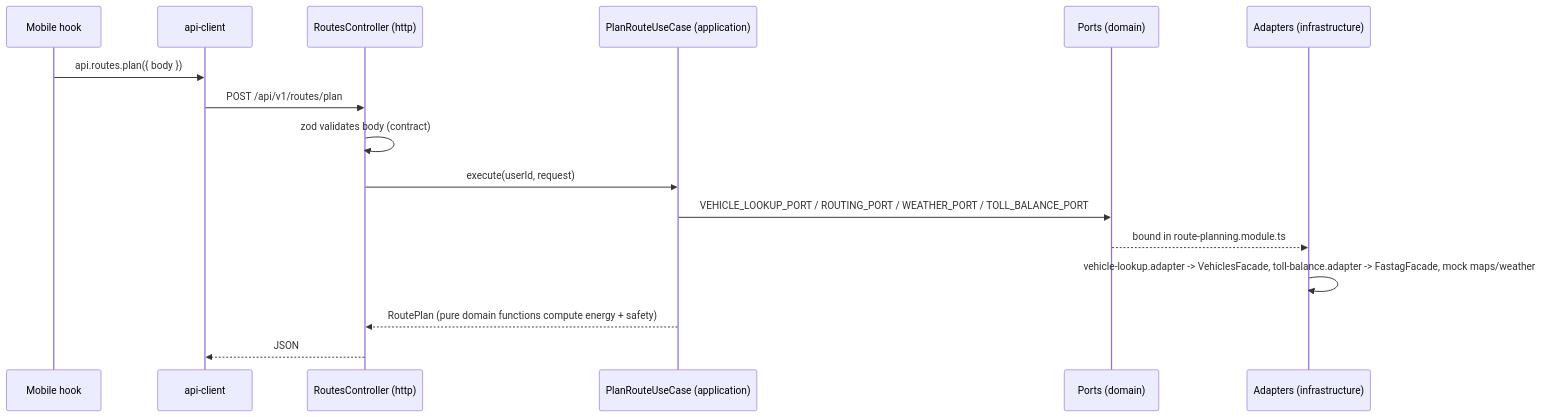
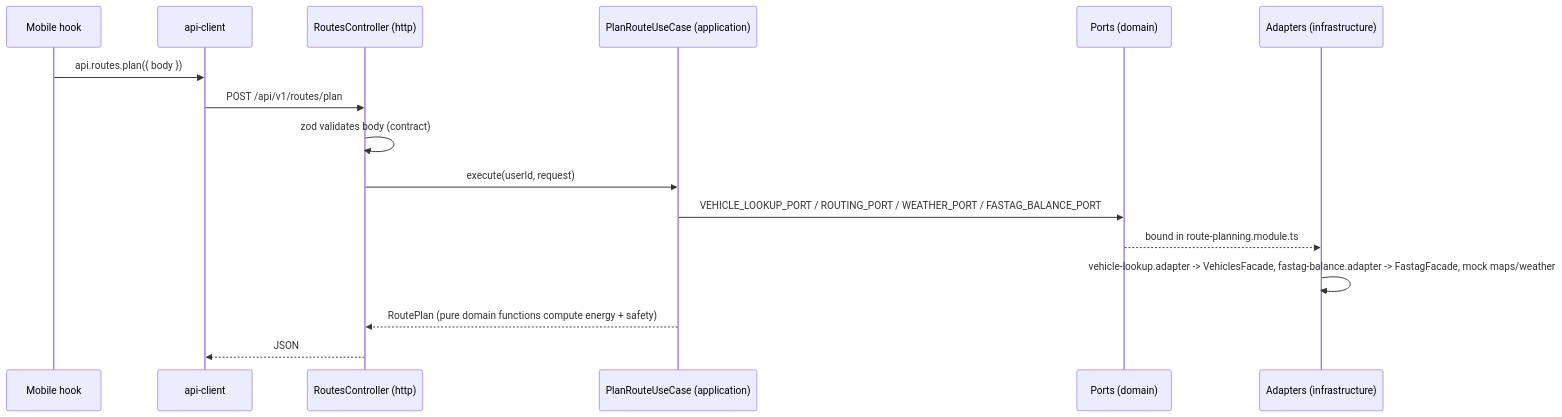
Before and after one commit to ravichandola/knowYourRoute: the second of 2 diagrams in docs/architecture/ARCHITECTURE.md, drawn with Mermaid. The commit also changed other lines of this file and 98 other files, not shown here.

````diff
--- a/docs/architecture/ARCHITECTURE.md
+++ b/docs/architecture/ARCHITECTURE.md
@@ -65,18 +74,18 @@
 ```mermaid
 sequenceDiagram
   participant App as Mobile hook
   participant SDK as api-client
   participant C as RoutesController (http)
   participant U as PlanRouteUseCase (application)
   participant P as Ports (domain)
   participant A as Adapters (infrastructure)
   App->>SDK: api.routes.plan({ body })
   SDK->>C: POST /api/v1/routes/plan
   C->>C: zod validates body (contract)
   C->>U: execute(userId, request)
-  U->>P: VEHICLE_LOOKUP_PORT / ROUTING_PORT / WEATHER_PORT / TOLL_BALANCE_PORT
+  U->>P: VEHICLE_LOOKUP_PORT / ROUTING_PORT / WEATHER_PORT / FASTAG_BALANCE_PORT
   P-->>A: bound in route-planning.module.ts
-  A->>A: vehicle-lookup.adapter -> VehiclesFacade, toll-balance.adapter -> FastagFacade, mock maps/weather
+  A->>A: vehicle-lookup.adapter -> VehiclesFacade, fastag-balance.adapter -> FastagFacade, mock maps/weather
   U-->>C: RoutePlan (pure domain functions compute energy + safety)
   C-->>SDK: JSON
 ```
````
